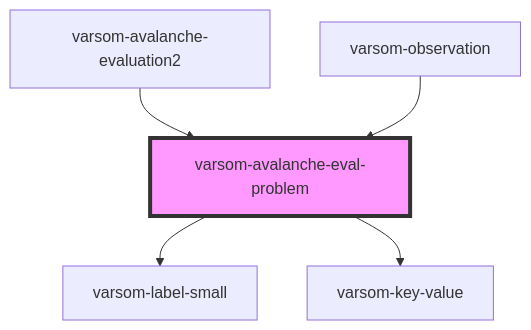
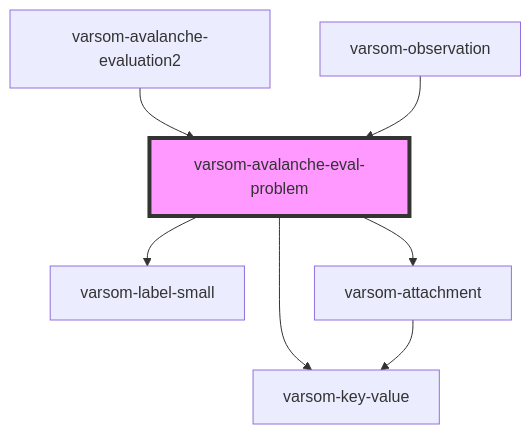
One commit to NVE/varsom-observation changed the diagram in src/components/varsom-avalanche-eval-problem/readme.md. Above: the diagram before and after it, drawn with Mermaid. The commit also changed other lines of this file and 46 other files, not shown here.

````diff
--- a/src/components/varsom-avalanche-eval-problem/readme.md
+++ b/src/components/varsom-avalanche-eval-problem/readme.md
@@ -48,8 +48,10 @@
 ```mermaid
 graph TD;
   varsom-avalanche-eval-problem --> varsom-label-small
   varsom-avalanche-eval-problem --> varsom-key-value
+  varsom-avalanche-eval-problem --> varsom-attachment
+  varsom-attachment --> varsom-key-value
   varsom-avalanche-evaluation2 --> varsom-avalanche-eval-problem
   varsom-observation --> varsom-avalanche-eval-problem
   style varsom-avalanche-eval-problem fill:#f9f,stroke:#333,stroke-width:4px
 ```
````
